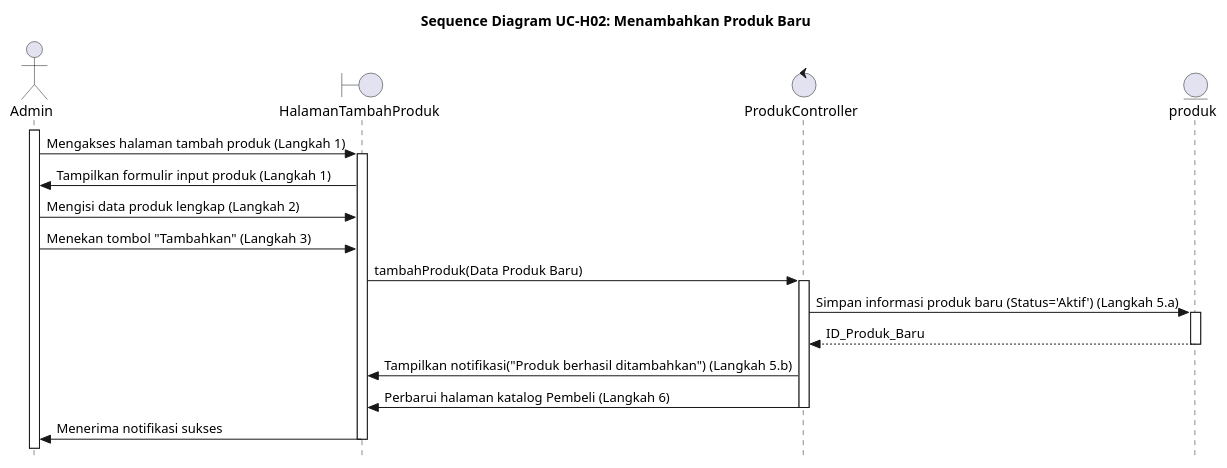
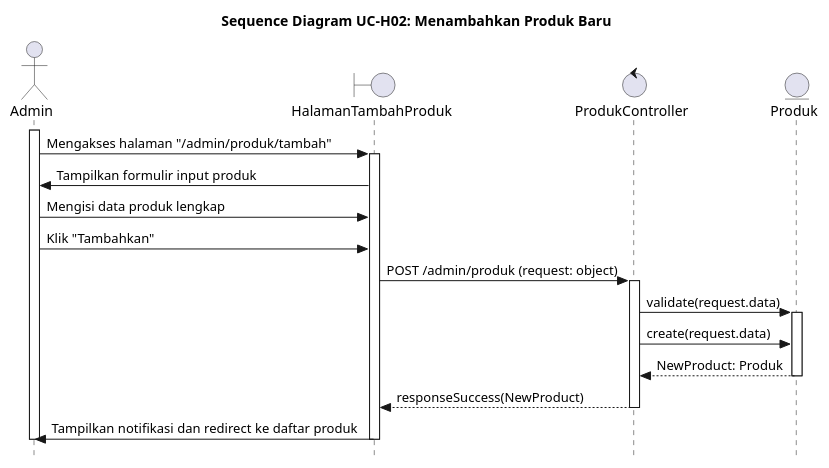
Before and after one commit to alfiahnurfa/RSI-PROYEK-AKHIR-SEQUENCE: the diagram in UC-H02.PUML, drawn with PlantUML. The commit also changed 60 other files, not shown here.

```diff
--- a/UC-H02.PUML
+++ b/UC-H02.PUML
@@ -1,57 +1,37 @@
 @startuml SD-UC-H02_TambahProduk
 title Sequence Diagram UC-H02: Menambahkan Produk Baru
 skinparam style strictuml
 
 actor Admin
 boundary HalamanTambahProduk
 control ProdukController
-entity produk
-' box "Sistem Manajemen Produk"
-'     participant HalamanTambahProduk
-'     participant ProdukController
-' end box
+entity Produk
 
 activate Admin
-Admin -> HalamanTambahProduk : Mengakses halaman tambah produk (Langkah 1)
+Admin -> HalamanTambahProduk : Mengakses halaman "/admin/produk/tambah"
 activate HalamanTambahProduk
 
-HalamanTambahProduk -> Admin : Tampilkan formulir input produk (Langkah 1)
+HalamanTambahProduk -> Admin : Tampilkan formulir input produk
 
-Admin -> HalamanTambahProduk : Mengisi data produk lengkap (Langkah 2)
+Admin -> HalamanTambahProduk : Mengisi data produk lengkap
 
-Admin -> HalamanTambahProduk : Menekan tombol "Tambahkan" (Langkah 3)
+Admin -> HalamanTambahProduk : Klik "Tambahkan"
 
-HalamanTambahProduk -> ProdukController : tambahProduk(Data Produk Baru)
+HalamanTambahProduk -> ProdukController : POST /admin/produk (request: object)
 activate ProdukController
 
-' UserController -> ProdukController : Validasi kelengkapan dan format data (Langkah 4)
+ProdukController -> Produk : validate(request.data)
+activate Produk
 
-ProdukController -> produk : Simpan informasi produk baru (Status='Aktif') (Langkah 5.a)
-activate produk
-return ID_Produk_Baru
-deactivate produk
+ProdukController -> Produk : create(request.data)
+Produk --> ProdukController : NewProduct: Produk
+deactivate Produk
 
-ProdukController -> HalamanTambahProduk : Tampilkan notifikasi("Produk berhasil ditambahkan") (Langkah 5.b)
-
-ProdukController -> HalamanTambahProduk : Perbarui halaman katalog Pembeli (Langkah 6)
+ProdukController --> HalamanTambahProduk : responseSuccess(NewProduct)
 deactivate ProdukController
 
-HalamanTambahProduk -> Admin : Menerima notifikasi sukses
-
-' alt Gagal Validasi (Alternative Flow 4.a)
-'     ProdukController -> HalamanTambahProduk : Tampilkan notifikasi("Penambahan Gagal...") (Langkah 5.a)
-'     deactivate ProdukController
-    
-'     HalamanTambahProduk -> Admin : Tampilkan notifikasi gagal
-    
-'     note over Admin, HalamanTambahProduk
-'         Melengkapi/memperbaiki data (Langkah 6.a)
-'         Kembali ke Langkah 3 (Langkah 6.b)
-'     end note
-' else Validasi Sukses (Main Flow)
-
-' end alt
-
+HalamanTambahProduk -> Admin : Tampilkan notifikasi dan redirect ke daftar produk
 deactivate HalamanTambahProduk
+deactivate Admin
 
 @enduml
```
